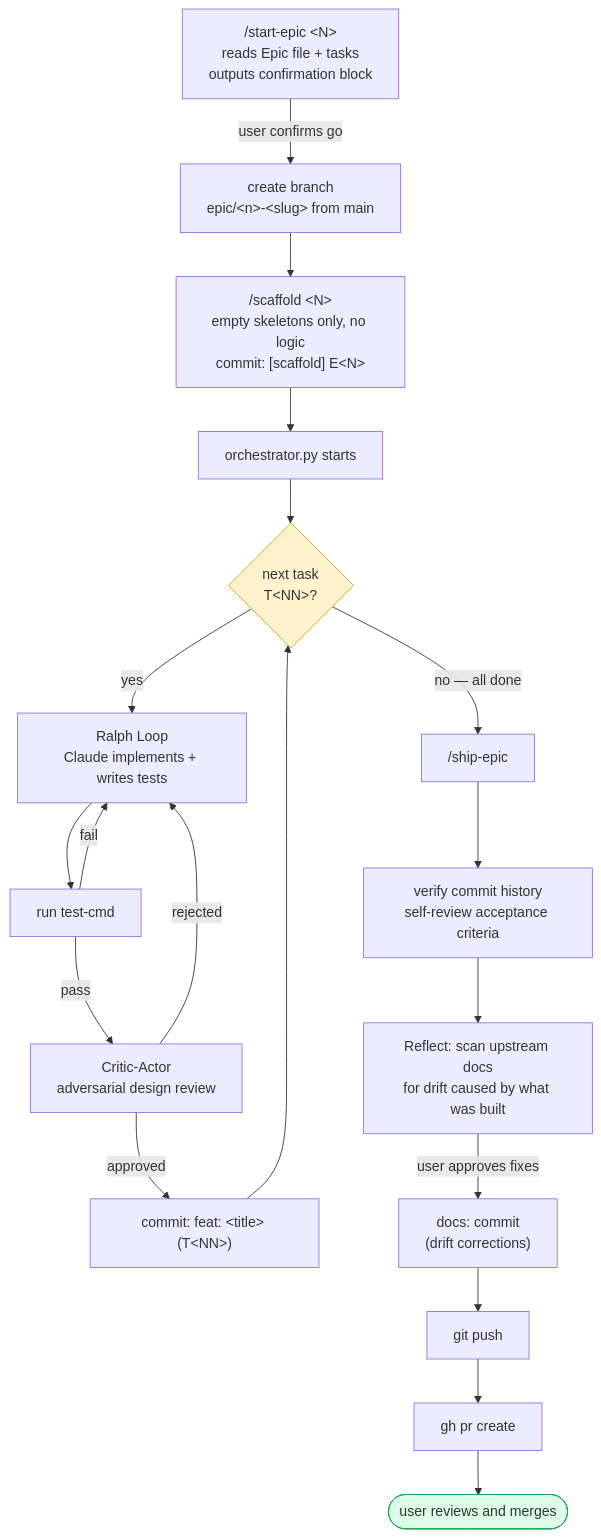
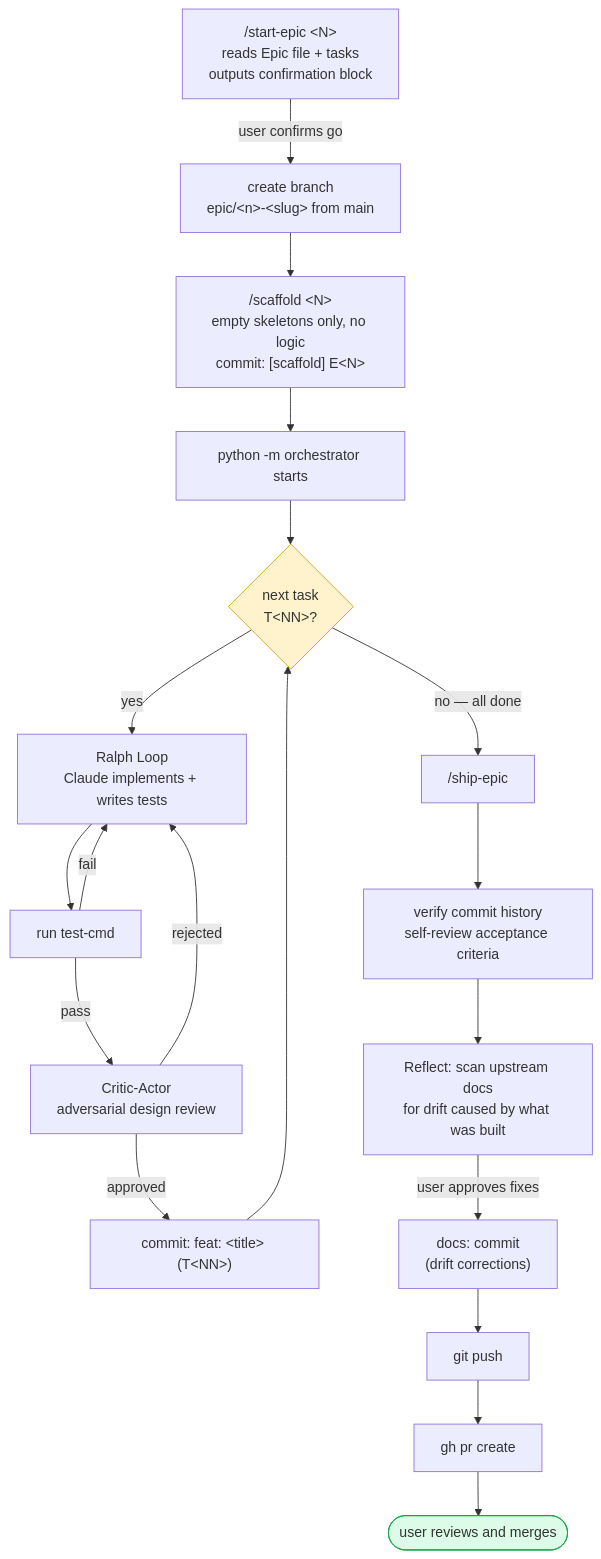
Before and after one commit to mthoatgit/project-template: the second of 2 diagrams in docs/workflow-overview.md, drawn with Mermaid. The commit also changed other lines of this file, not shown here.

Commit message:
docs: sync workflow diagram

````diff
--- a/docs/workflow-overview.md
+++ b/docs/workflow-overview.md
@@ -46,26 +46,26 @@
 ```mermaid
 flowchart TD
     S1["/start-epic &lt;N&gt;<br/>reads Epic file + tasks<br/>outputs confirmation block"] -->|user confirms go| S2["create branch<br/>epic/&lt;n&gt;-&lt;slug&gt; from main"]
     S2 --> S3["/scaffold &lt;N&gt;<br/>empty skeletons only, no logic<br/>commit: [scaffold] E&lt;N&gt;"]
-    S3 --> S4["orchestrator.py starts"]
+    S3 --> S4["python -m orchestrator starts"]
     S4 --> Loop{"next task<br/>T&lt;NN&gt;?"}
     Loop -->|yes| Ralph["Ralph Loop<br/>Claude implements + writes tests"]
     Ralph --> RunTests["run test-cmd"]
     RunTests -->|fail| Ralph
     RunTests -->|pass| Critic["Critic-Actor<br/>adversarial design review"]
     Critic -->|rejected| Ralph
     Critic -->|approved| Commit["commit: feat: &lt;title&gt; (T&lt;NN&gt;)"]
     Commit --> Loop
     Loop -->|no — all done| Ship["/ship-epic"]
     Ship --> Review["verify commit history<br/>self-review acceptance criteria"]
     Review --> Reflect["Reflect: scan upstream docs<br/>for drift caused by what was built"]
     Reflect -->|user approves fixes| DriftCommit["docs: commit<br/>(drift corrections)"]
     DriftCommit --> Push["git push"]
     Push --> PRCreate["gh pr create"]
     PRCreate --> Human(["user reviews and merges"])
 
     classDef gate fill:#fff3cd,stroke:#d4a017,color:#333;
     classDef terminal fill:#dcfce7,stroke:#16a34a,color:#333;
     class Loop gate;
     class Human terminal;
 ```
````
